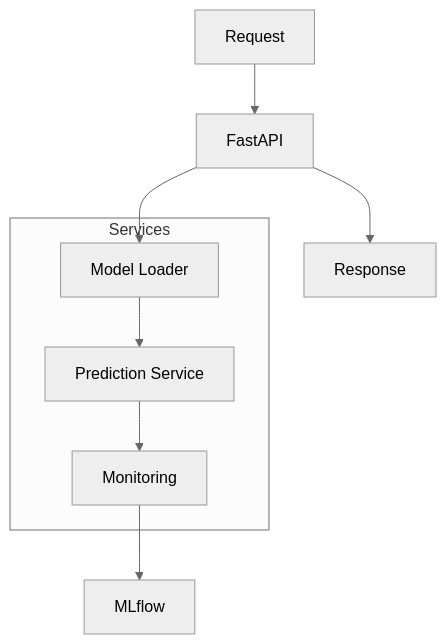
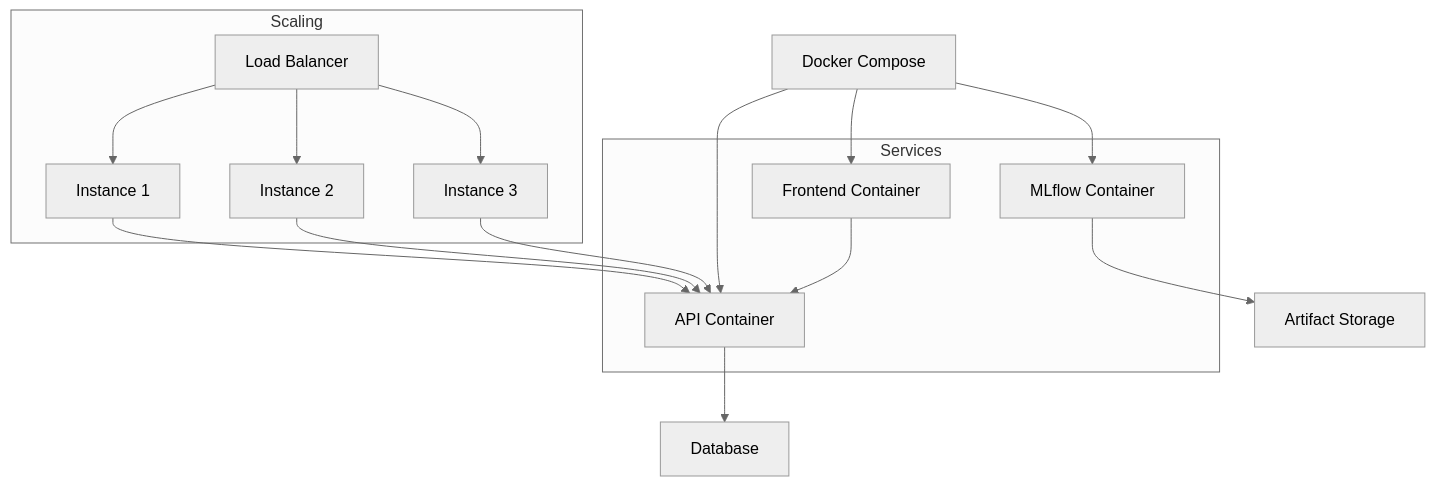
The fifth of 7 diagrams in docs/architecture.md (richardelchaar/Employee-Attrition-MLOps), drawn with Mermaid (neutral theme) before and after one commit. The commit also changed other lines of this file and 6 other files, not shown here.

````diff
--- a/docs/architecture.md
+++ b/docs/architecture.md
@@ -192,16 +223,30 @@
 ```mermaid
 graph TD
-    A[FastAPI] --> B[Model Loader]
-    B --> C[Prediction Service]
-    C --> D[Monitoring]
-    D --> E[MLflow]
+    A[Docker Compose] --> B[API Container]
+    A --> C[Frontend Container]
+    A --> D[MLflow Container]
     
-    F[Request] --> A
-    A --> G[Response]
+    B --> E[Database]
+    C --> B
+    D --> F[Artifact Storage]
     
     subgraph "Services"
     B
     C
     D
     end
+    
+    subgraph "Scaling"
+    G[Load Balancer]
+    H[Instance 1]
+    I[Instance 2]
+    J[Instance 3]
+    end
+    
+    G --> H
+    G --> I
+    G --> J
+    H --> B
+    I --> B
+    J --> B
 ```
````
